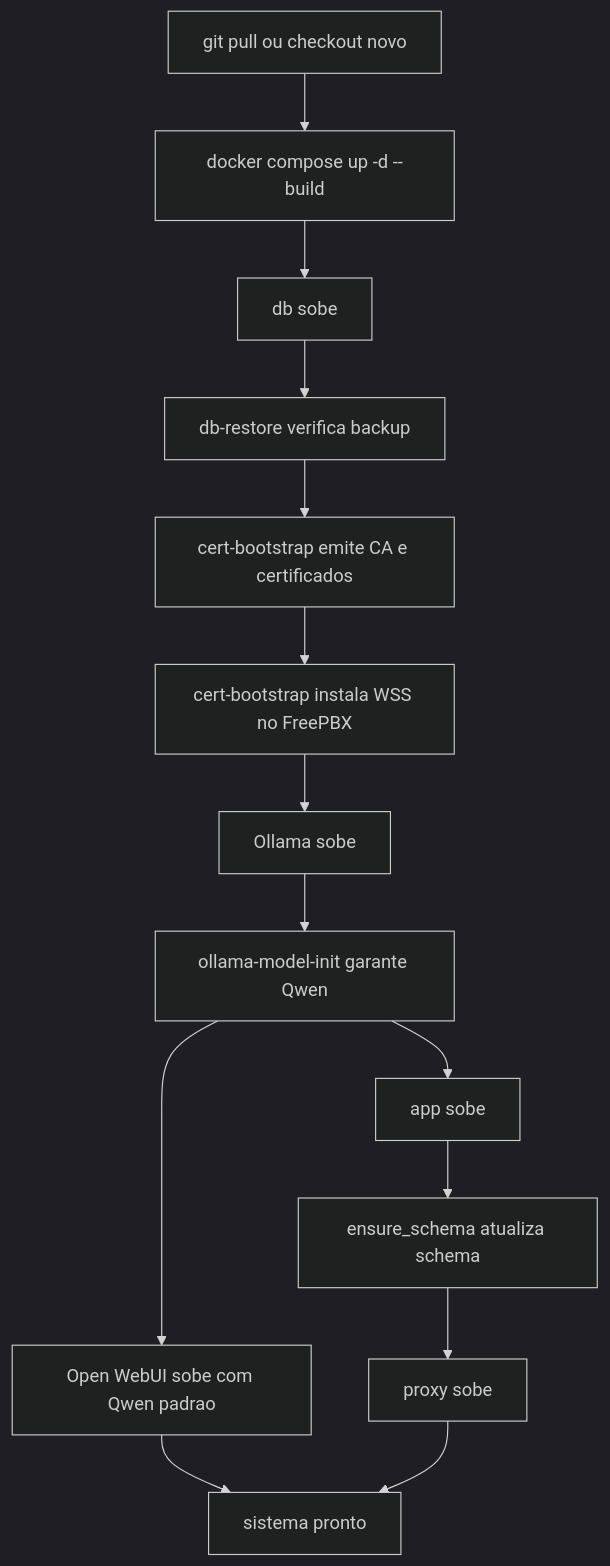
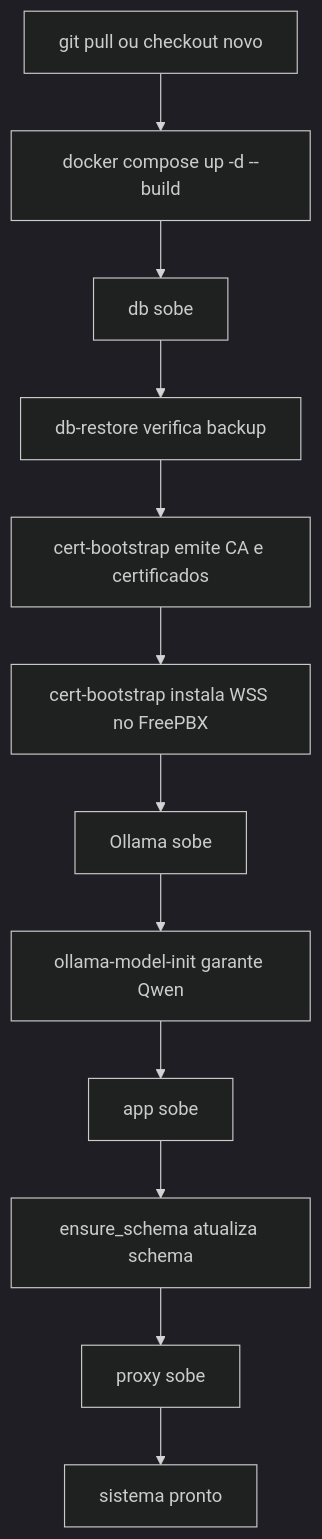
One commit to renansc/NanotechSoft changed the second of 2 diagrams in apps/riob/source/docs/OPERACAO_E_DEPLOY.md. Above: the diagram before and after it, drawn with Mermaid (dark theme). The commit also changed other lines of this file and 25 other files, not shown here.

````diff
--- a/apps/riob/source/docs/OPERACAO_E_DEPLOY.md
+++ b/apps/riob/source/docs/OPERACAO_E_DEPLOY.md
@@ -239,16 +235,14 @@
 ```mermaid
 flowchart TD
     A[git pull ou checkout novo] --> B[docker compose up -d --build]
     B --> C[db sobe]
     C --> D[db-restore verifica backup]
     D --> E[cert-bootstrap emite CA e certificados]
     E --> F[cert-bootstrap instala WSS no FreePBX]
     F --> G[Ollama sobe]
     G --> H[ollama-model-init garante Qwen]
-    H --> I[Open WebUI sobe com Qwen padrao]
     H --> J[app sobe]
     J --> K[ensure_schema atualiza schema]
     K --> L[proxy sobe]
-    I --> M[sistema pronto]
-    L --> M
+    L --> M[sistema pronto]
 ```
````
